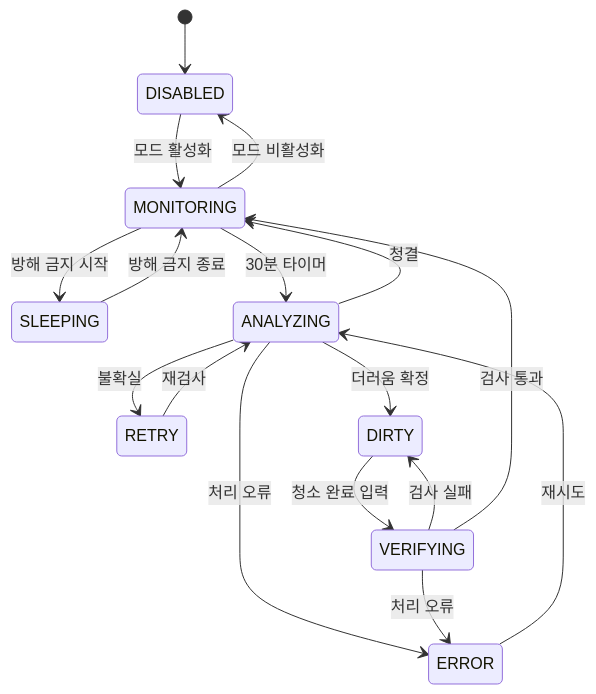
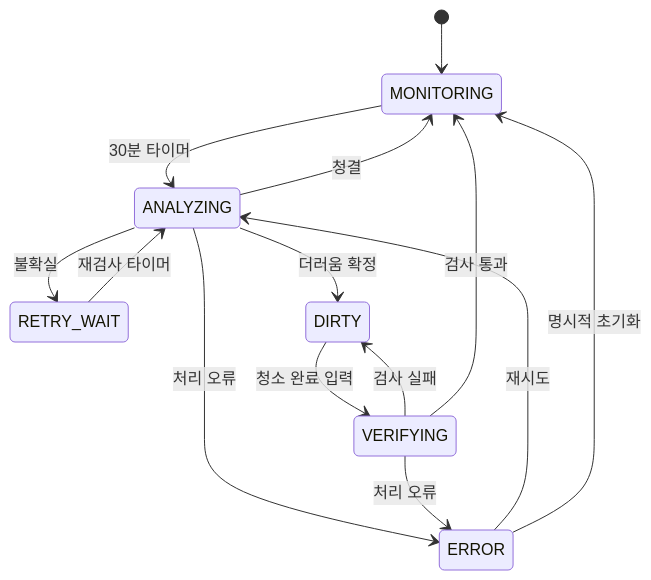
One commit to root-dove/homeagent-backend changed the second of 2 diagrams in PROJECT_PLAN.md. Above: the diagram before and after it, drawn with Mermaid. The commit also changed other lines of this file and 11 other files, not shown here.

````diff
--- a/PROJECT_PLAN.md
+++ b/PROJECT_PLAN.md
@@ -329,19 +330,16 @@
 ```mermaid
 stateDiagram-v2
-    [*] --> DISABLED
-    DISABLED --> MONITORING: 모드 활성화
-    MONITORING --> DISABLED: 모드 비활성화
-    MONITORING --> SLEEPING: 방해 금지 시작
-    SLEEPING --> MONITORING: 방해 금지 종료
+    [*] --> MONITORING
     MONITORING --> ANALYZING: 30분 타이머
     ANALYZING --> MONITORING: 청결
-    ANALYZING --> RETRY: 불확실
-    RETRY --> ANALYZING: 재검사
+    ANALYZING --> RETRY_WAIT: 불확실
+    RETRY_WAIT --> ANALYZING: 재검사 타이머
     ANALYZING --> DIRTY: 더러움 확정
     DIRTY --> VERIFYING: 청소 완료 입력
     VERIFYING --> DIRTY: 검사 실패
     VERIFYING --> MONITORING: 검사 통과
     ANALYZING --> ERROR: 처리 오류
     VERIFYING --> ERROR: 처리 오류
     ERROR --> ANALYZING: 재시도
+    ERROR --> MONITORING: 명시적 초기화
 ```
````
